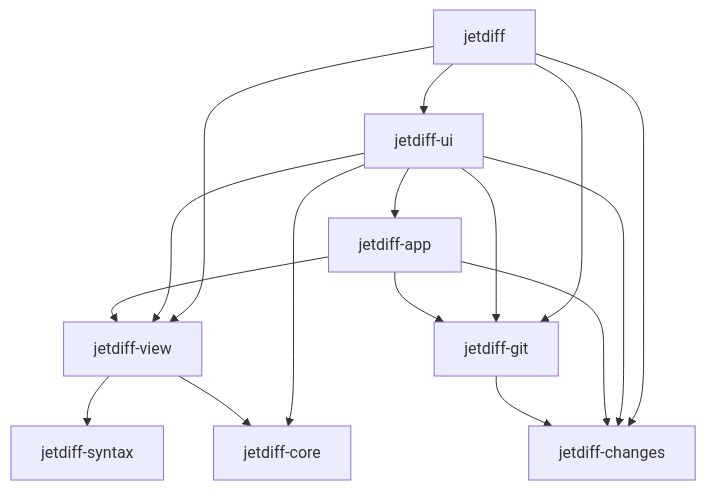
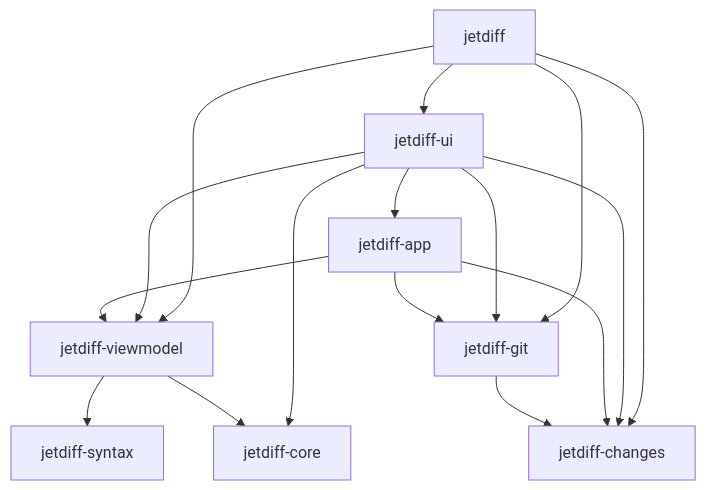
One commit to akemkers/jetdiff changed the diagram in README.md. Above: the diagram before and after it, drawn with Mermaid. The commit also changed other lines of this file and 54 other files, not shown here.

Commit message:
Gi jetdiff-view nytt navn: jetdiff-viewmodel

````diff
--- a/README.md
+++ b/README.md
@@ -102,18 +102,18 @@
 ```mermaid
 graph TD
     jetdiff --> ui[jetdiff-ui]
-    jetdiff --> view[jetdiff-view]
+    jetdiff --> view[jetdiff-viewmodel]
     jetdiff --> git[jetdiff-git]
     jetdiff --> changes[jetdiff-changes]
     ui --> app[jetdiff-app]
     ui --> view
     ui --> git
     ui --> changes
     ui --> core[jetdiff-core]
     app --> view
     app --> git
     app --> changes
     view --> core
     view --> syntax[jetdiff-syntax]
     git --> changes
 ```
````
